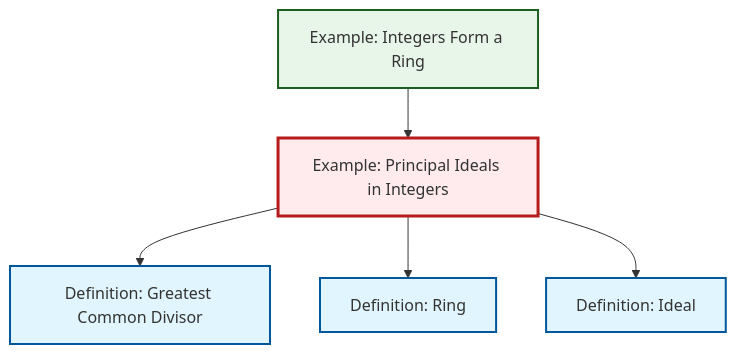
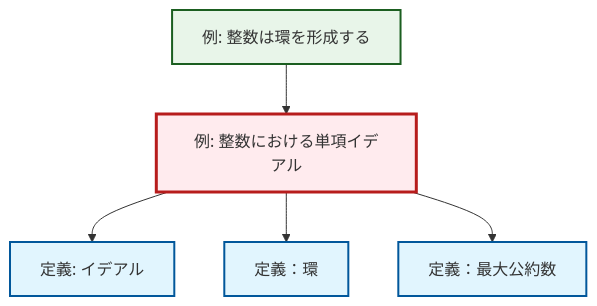
One commit to RK0429/ModernMath changed the diagram in content/ja/algebra/ex-principal-ideal.qmd. Above: the diagram before and after it, drawn with Mermaid. The commit also changed 1069 other files, not shown here.

````diff
--- a/content/ja/algebra/ex-principal-ideal.qmd
+++ b/content/ja/algebra/ex-principal-ideal.qmd
@@ -64,23 +64,23 @@
 ```{mermaid}
 %%| fig-cap: "Local dependency graph"
 graph TD
     classDef definition fill:#e1f5fe,stroke:#01579b,stroke-width:2px
     classDef theorem fill:#f3e5f5,stroke:#4a148c,stroke-width:2px
     classDef axiom fill:#fff3e0,stroke:#e65100,stroke-width:2px
     classDef example fill:#e8f5e9,stroke:#1b5e20,stroke-width:2px
     classDef current fill:#ffebee,stroke:#b71c1c,stroke-width:3px
-    def-gcd["Definition: Greatest Common Divisor"]:::definition
-    def-ring["Definition: Ring"]:::definition
-    def-ideal["Definition: Ideal"]:::definition
-    ex-principal-ideal["Example: Principal Ideals in Integers"]:::example
-    ex-integers-ring["Example: Integers Form a Ring"]:::example
+    ex-integers-ring["例: 整数は環を形成する"]:::example
+    def-ideal["定義: イデアル"]:::definition
+    def-ring["定義：環"]:::definition
+    ex-principal-ideal["例: 整数における単項イデアル"]:::example
+    def-gcd["定義：最大公約数"]:::definition
+    ex-principal-ideal --> def-ideal
+    ex-principal-ideal --> def-ring
+    ex-integers-ring --> ex-principal-ideal
     ex-principal-ideal --> def-gcd
-    ex-principal-ideal --> def-ring
-    ex-principal-ideal --> def-ideal
-    ex-integers-ring --> ex-principal-ideal
     class ex-principal-ideal current
-    click def-gcd "def-gcd.html" "Definition: Greatest Common Divisorへ"
-    click def-ring "def-ring.html" "Definition: Ringへ"
-    click def-ideal "def-ideal.html" "Definition: Idealへ"
-    click ex-integers-ring "ex-integers-ring.html" "Example: Integers Form a Ringへ"
+    click ex-integers-ring "ex-integers-ring.html" "整数は環を形成するの例へ"
+    click def-ideal "def-ideal.html" "イデアルの定義へ"
+    click def-ring "def-ring.html" "定義：環へ"
+    click def-gcd "def-gcd.html" "定義：最大公約数へ"
 ```
````
